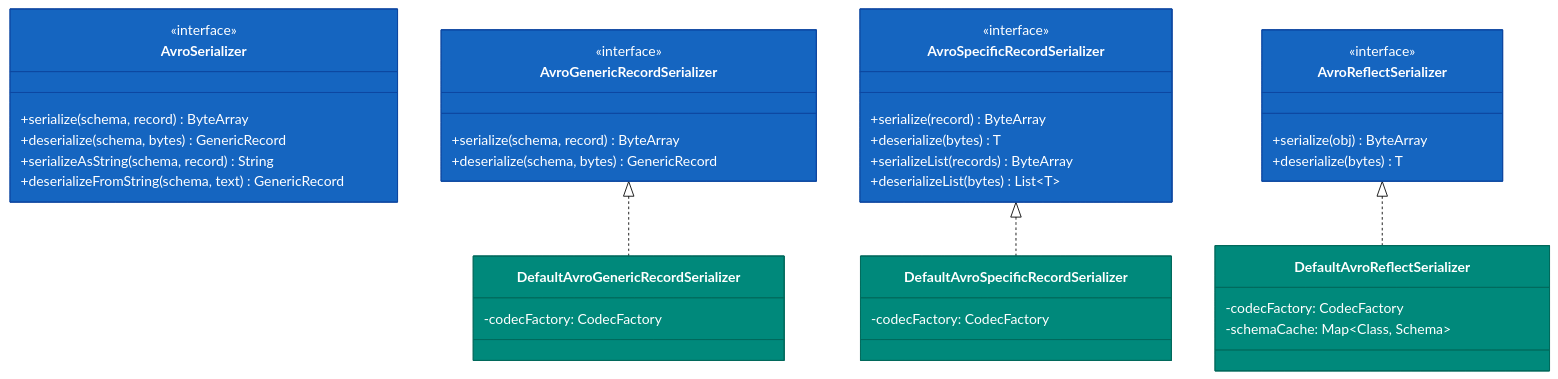
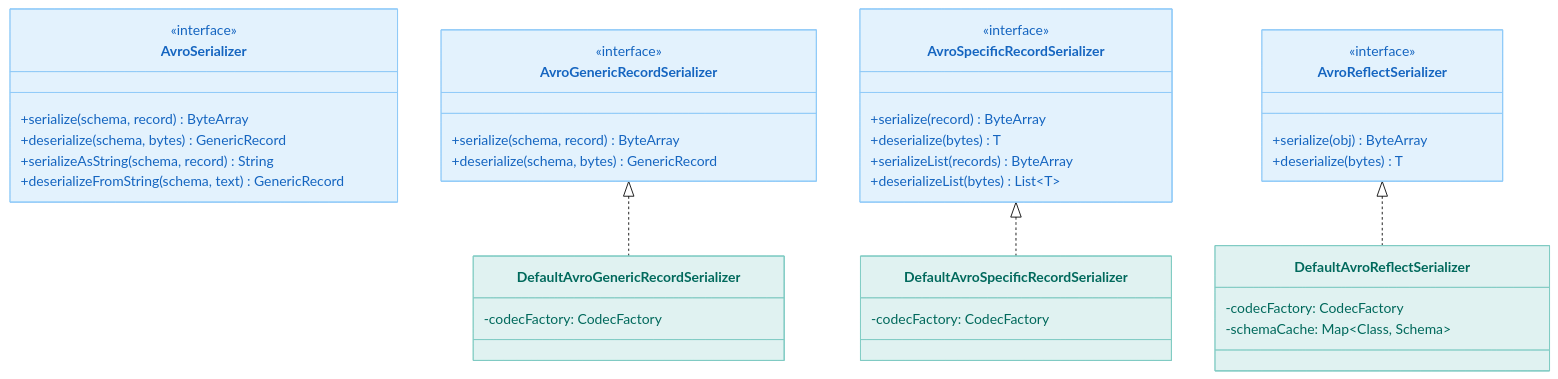
One commit to bluetape4k/bluetape4k-projects changed the first of 3 diagrams in io/avro/README.ko.md. Above: the diagram before and after it, drawn with Mermaid (forest theme). The commit also changed other lines of this file and 219 other files, not shown here.

First line of the commit message:
docs: 전체 README Mermaid 다이어그램 가이드 적용

````diff
--- a/io/avro/README.ko.md
+++ b/io/avro/README.ko.md
@@ -124,55 +124,55 @@
 ```mermaid
 classDiagram
     class AvroSerializer {
         <<interface>>
         +serialize(schema, record) ByteArray
         +deserialize(schema, bytes) GenericRecord
         +serializeAsString(schema, record) String
         +deserializeFromString(schema, text) GenericRecord
     }
 
     class AvroGenericRecordSerializer {
         <<interface>>
         +serialize(schema, record) ByteArray
         +deserialize(schema, bytes) GenericRecord
     }
 
     class AvroSpecificRecordSerializer {
         <<interface>>
         +serialize(record) ByteArray
         +deserialize(bytes) T
         +serializeList(records) ByteArray
         +deserializeList(bytes) List~T~
     }
 
     class AvroReflectSerializer {
         <<interface>>
         +serialize(obj) ByteArray
         +deserialize(bytes) T
     }
 
     class DefaultAvroGenericRecordSerializer {
         -codecFactory: CodecFactory
     }
 
     class DefaultAvroSpecificRecordSerializer {
         -codecFactory: CodecFactory
     }
 
     class DefaultAvroReflectSerializer {
         -codecFactory: CodecFactory
         -schemaCache: Map~Class, Schema~
     }
 
     AvroGenericRecordSerializer <|.. DefaultAvroGenericRecordSerializer
     AvroSpecificRecordSerializer <|.. DefaultAvroSpecificRecordSerializer
     AvroReflectSerializer <|.. DefaultAvroReflectSerializer
 
-    style AvroSerializer fill:#1565C0,stroke:#0D47A1,color:#FFFFFF
-    style AvroGenericRecordSerializer fill:#1565C0,stroke:#0D47A1,color:#FFFFFF
-    style AvroSpecificRecordSerializer fill:#1565C0,stroke:#0D47A1,color:#FFFFFF
-    style AvroReflectSerializer fill:#1565C0,stroke:#0D47A1,color:#FFFFFF
-    style DefaultAvroGenericRecordSerializer fill:#00897B,stroke:#00695C,color:#FFFFFF
-    style DefaultAvroSpecificRecordSerializer fill:#00897B,stroke:#00695C,color:#FFFFFF
-    style DefaultAvroReflectSerializer fill:#00897B,stroke:#00695C,color:#FFFFFF
+    style AvroSerializer fill:#E3F2FD,stroke:#90CAF9,color:#1565C0
+    style AvroGenericRecordSerializer fill:#E3F2FD,stroke:#90CAF9,color:#1565C0
+    style AvroSpecificRecordSerializer fill:#E3F2FD,stroke:#90CAF9,color:#1565C0
+    style AvroReflectSerializer fill:#E3F2FD,stroke:#90CAF9,color:#1565C0
+    style DefaultAvroGenericRecordSerializer fill:#E0F2F1,stroke:#80CBC4,color:#00695C
+    style DefaultAvroSpecificRecordSerializer fill:#E0F2F1,stroke:#80CBC4,color:#00695C
+    style DefaultAvroReflectSerializer fill:#E0F2F1,stroke:#80CBC4,color:#00695C
 ```
````
